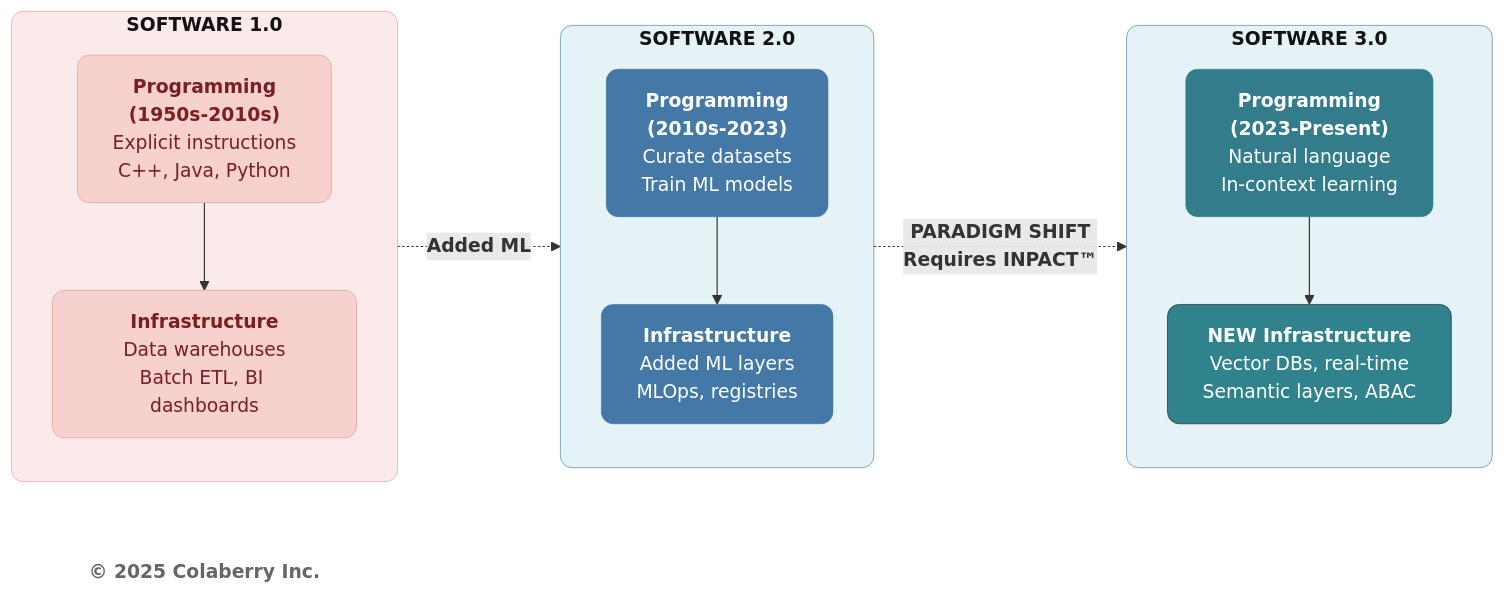
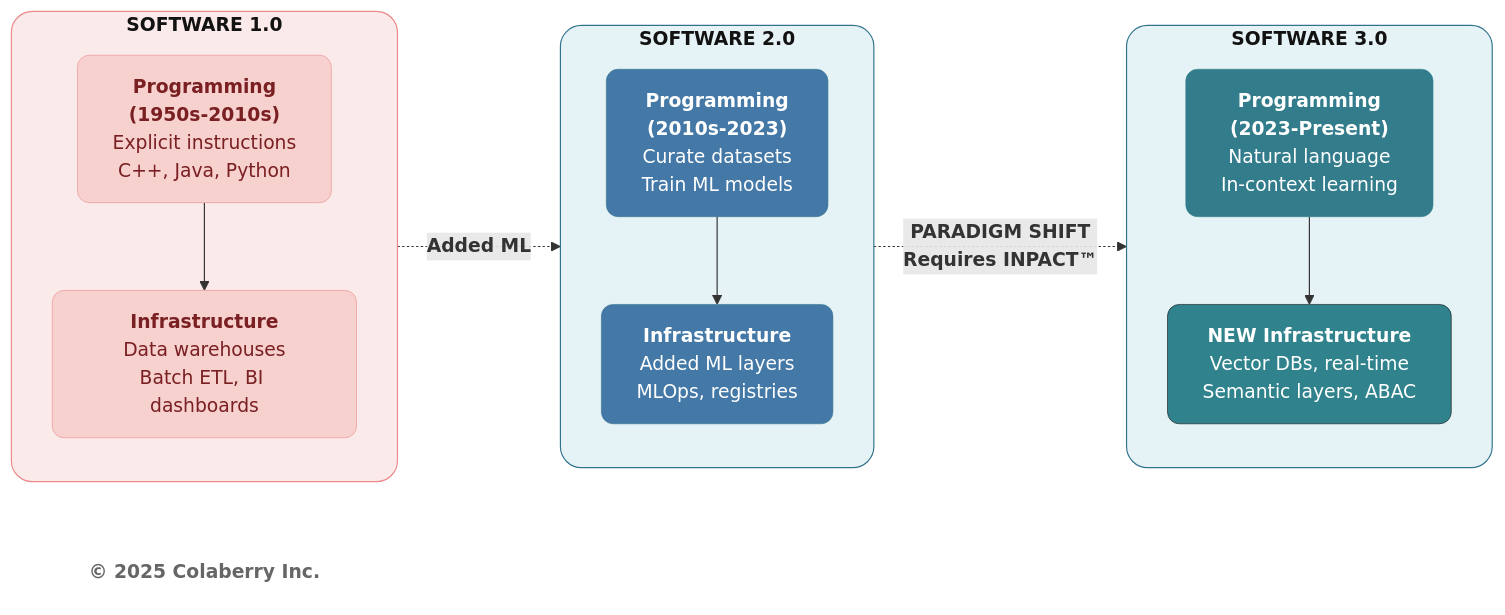
Before and after one commit to saitejesh-cyber/trust-before-intelligence-book: the second of 4 diagrams in manuscript/04_chapter_3_from_bi_to_agent.md, drawn with Mermaid. The commit also changed other lines of this file and 12 other files, not shown here.

````diff
--- a/manuscript/04_chapter_3_from_bi_to_agent.md
+++ b/manuscript/04_chapter_3_from_bi_to_agent.md
@@ -125,46 +125,46 @@
 ```mermaid
 graph LR
     subgraph era1["<b>SOFTWARE 1.0</b>"]
         direction TB
         P1["<b>Programming</b><br/><b>(1950s-2010s)</b><br/>Explicit instructions<br/>C++, Java, Python"]
         I1["<b>Infrastructure</b><br/>Data warehouses<br/>Batch ETL, BI dashboards"]
         P1 --> I1
     end
     
     subgraph era2["<b>SOFTWARE 2.0</b>"]
         direction TB
         P2["<b>Programming</b><br/><b>(2010s-2023)</b><br/>Curate datasets<br/>Train ML models"]
         I2["<b>Infrastructure</b><br/>Added ML layers<br/>MLOps, registries"]
         P2 --> I2
     end
     
     subgraph era3["<b>SOFTWARE 3.0</b>"]
         direction TB
         P3["<b>Programming</b><br/><b>(2023-Present)</b><br/>Natural language<br/>In-context learning"]
         I3["<b>NEW Infrastructure</b><br/>Vector DBs, real-time<br/>Semantic layers, ABAC"]
         P3 --> I3
     end
 
     era1 -.->|<b>Added ML</b>| era2
     era2 -.->|<b>PARADIGM SHIFT<br/>Requires INPACT™</b>| era3
 
 
     %% SOFTWARE 1.0 — Problems / Old Approach (CORAL)
-    style era1 fill:#FBEAEA,stroke:#EB898B,stroke-width:0.5px,color:#121212,rx:10,ry:10
+    style era1 fill:#FBEAEA,stroke:#EB898B,stroke-width:1px,color:#121212,rx:18,ry:18
     style P1 fill:#F6D1CE,stroke:#EB898B,stroke-width:0.5px,color:#7A1F22,rx:10,ry:10
     style I1 fill:#F6D1CE,stroke:#EB898B,stroke-width:0.5px,color:#7A1F22,rx:10,ry:10
 
     %% SOFTWARE 2.0 — Intermediate / Transition (MUTED BLUE)
-    style era2 fill:#E6F3F6,stroke:#32738C,stroke-width:0.5px,color:#121212,rx:10,ry:10
+    style era2 fill:#E6F3F6,stroke:#32738C,stroke-width:1px,color:#121212,rx:18,ry:18
     style P2 fill:#4478A6,stroke:#32738C,stroke-width:0.5px,color:#ffffff,rx:10,ry:10
     style I2 fill:#4478A6,stroke:#32738C,stroke-width:0.5px,color:#ffffff,rx:10,ry:10
 
     %% SOFTWARE 3.0 — Solution / Modern (TEAL)
-    style era3 fill:#E6F3F6,stroke:#32738C,stroke-width:0.5px,color:#121212,rx:10,ry:10
+    style era3 fill:#E6F3F6,stroke:#32738C,stroke-width:1px,color:#121212,rx:18,ry:18
     style P3 fill:#327C8C,stroke:#30838C,stroke-width:0.5px,color:#ffffff,rx:10,ry:10
     style I3 fill:#30838C,stroke:#0D0D0D,stroke-width:0.5px,color:#ffffff,rx:10,ry:10
 
     %% COPYRIGHT — Neutral
     Copyright["<b>© 2025 Colaberry Inc.</b>"]
     style Copyright fill:none,stroke:none,color:#666666
 ```
````
